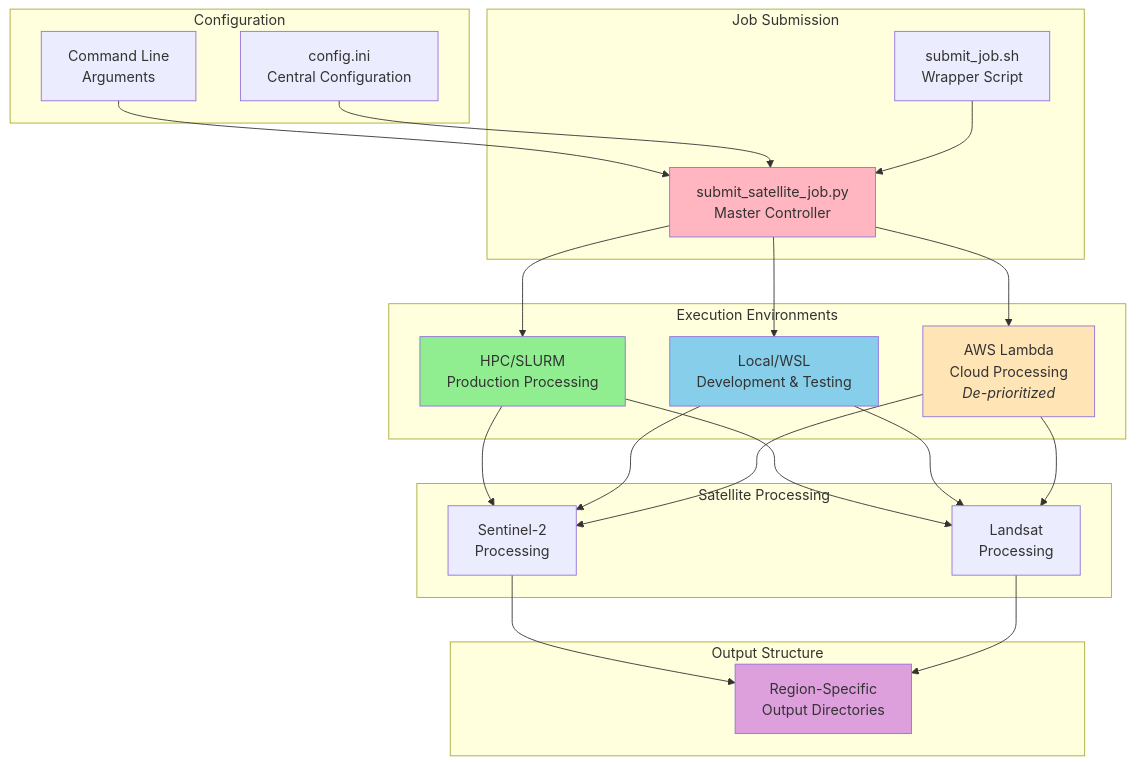
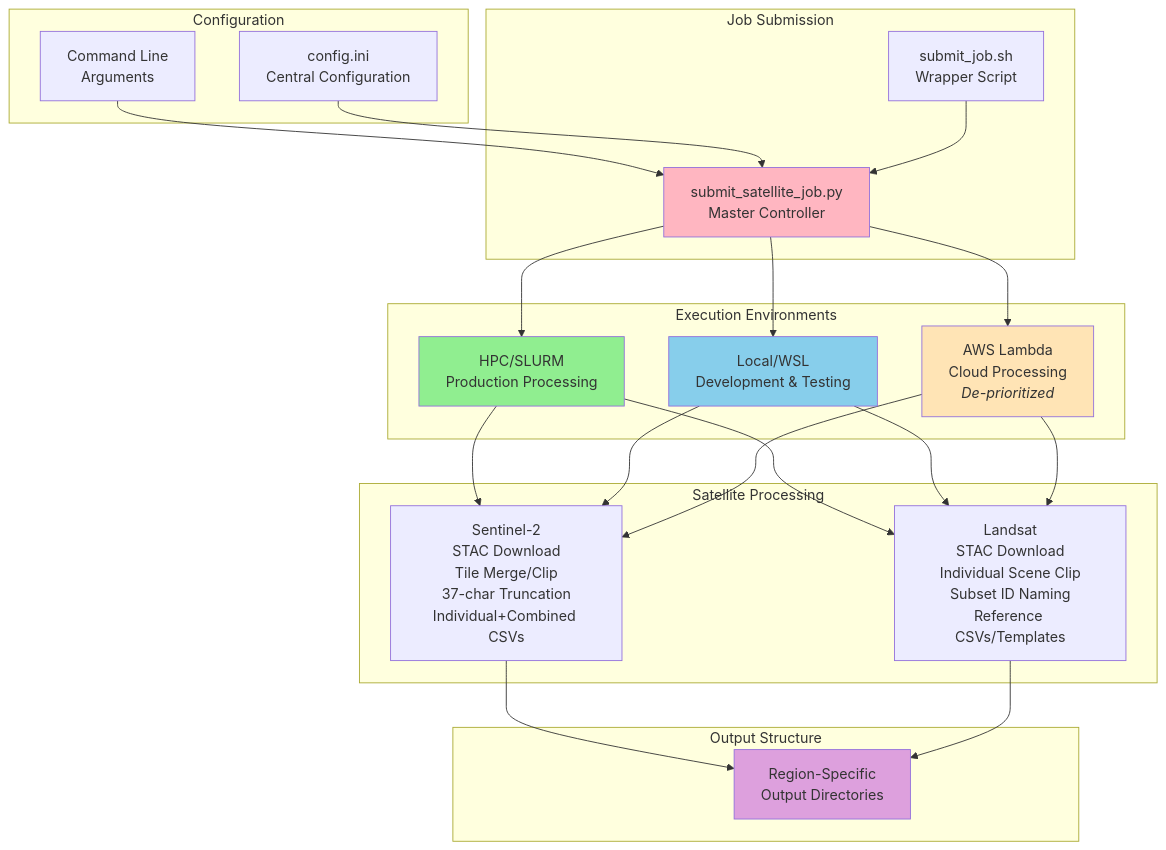
The first of 11 diagrams in docs/ARCHITECTURE.md (bidhya/greenland-glacier-flow), drawn with Mermaid before and after one commit. The commit also changed other lines of this file and 2 other files, not shown here.

First line of the commit message:
Documentation: Comprehensive Sentinel-2 and Landsat workflow docs

````diff
--- a/docs/ARCHITECTURE.md
+++ b/docs/ARCHITECTURE.md
@@ -8,51 +8,51 @@
 ```mermaid
 graph TB
     subgraph "Execution Environments"
         HPC[HPC/SLURM<br/>Production Processing]
         LOCAL[Local/WSL<br/>Development & Testing]
         AWS[AWS Lambda<br/>Cloud Processing<br/><i>De-prioritized</i>]
     end
     
     subgraph "Configuration"
         CONFIG[config.ini<br/>Central Configuration]
         CLI[Command Line<br/>Arguments]
     end
     
     subgraph "Job Submission"
         SUBMIT[submit_satellite_job.py<br/>Master Controller]
         WRAPPER[submit_job.sh<br/>Wrapper Script]
     end
     
     subgraph "Satellite Processing"
-        S2[Sentinel-2<br/>Processing]
-        LS[Landsat<br/>Processing]
+        S2[Sentinel-2<br/>STAC Download<br/>Tile Merge/Clip<br/>37-char Truncation<br/>Individual+Combined CSVs]
+        LS[Landsat<br/>STAC Download<br/>Individual Scene Clip<br/>Subset ID Naming<br/>Reference CSVs/Templates]
     end
     
     subgraph "Output Structure"
         OUT[Region-Specific<br/>Output Directories]
     end
     
     CLI --> SUBMIT
     CONFIG --> SUBMIT
     WRAPPER --> SUBMIT
     
     SUBMIT --> HPC
     SUBMIT --> LOCAL
     SUBMIT --> AWS
     
     HPC --> S2
     HPC --> LS
     LOCAL --> S2
     LOCAL --> LS
     AWS --> S2
     AWS --> LS
     
     S2 --> OUT
     LS --> OUT
     
     style HPC fill:#90EE90
     style LOCAL fill:#87CEEB
     style AWS fill:#FFE4B5
     style SUBMIT fill:#FFB6C1
     style OUT fill:#DDA0DD
 ```
````
